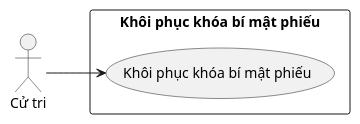
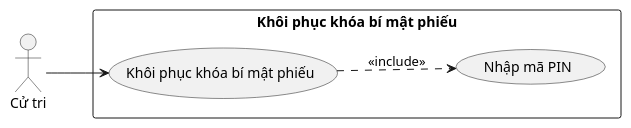
One commit to Tuienn/e-voting-latex changed the diagram in PlantUML/Usecase/Khoi-phuc-khoa-bi-mat.puml. Above: the diagram before and after it, drawn with PlantUML. The commit also changed 54 other files, not shown here.

```diff
--- a/PlantUML/Usecase/Khoi-phuc-khoa-bi-mat.puml
+++ b/PlantUML/Usecase/Khoi-phuc-khoa-bi-mat.puml
@@ -1,10 +1,12 @@
 @startuml KhoiPhucKhoaBiMat_UC
 left to right direction
 actor "Cử tri" as voter
 
 rectangle "Khôi phục khóa bí mật phiếu" {
   usecase "Khôi phục khóa bí mật phiếu" as UC_Restore
+  usecase "Nhập mã PIN" as UC_EnterPIN
 }
 
 voter --> UC_Restore
+UC_Restore ..> UC_EnterPIN : <<include>>
 @enduml
```
